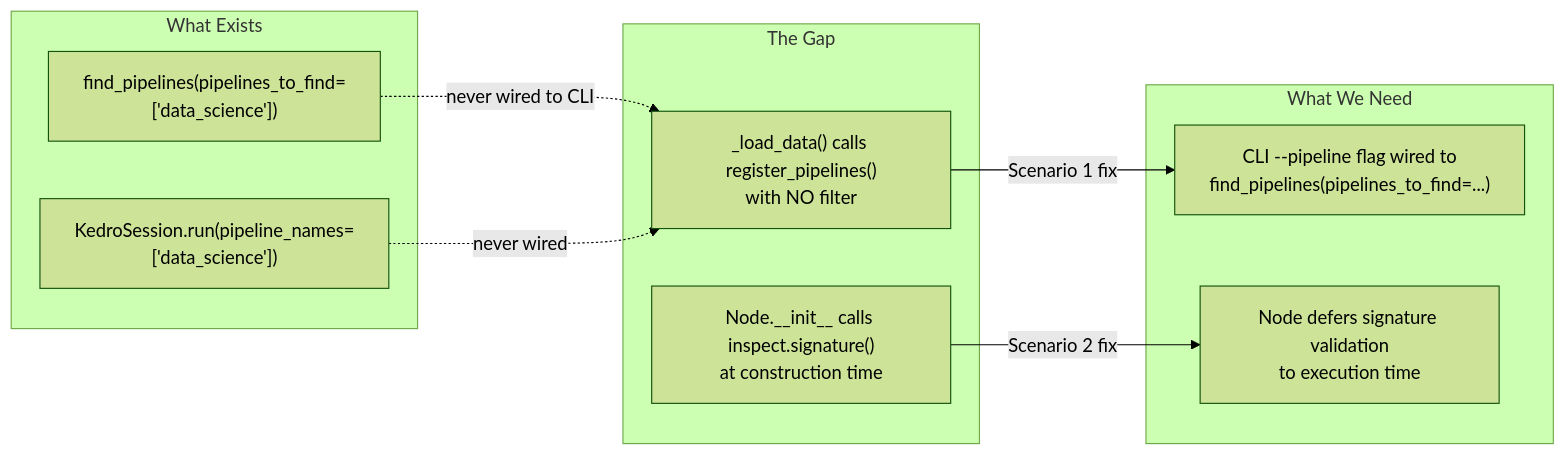
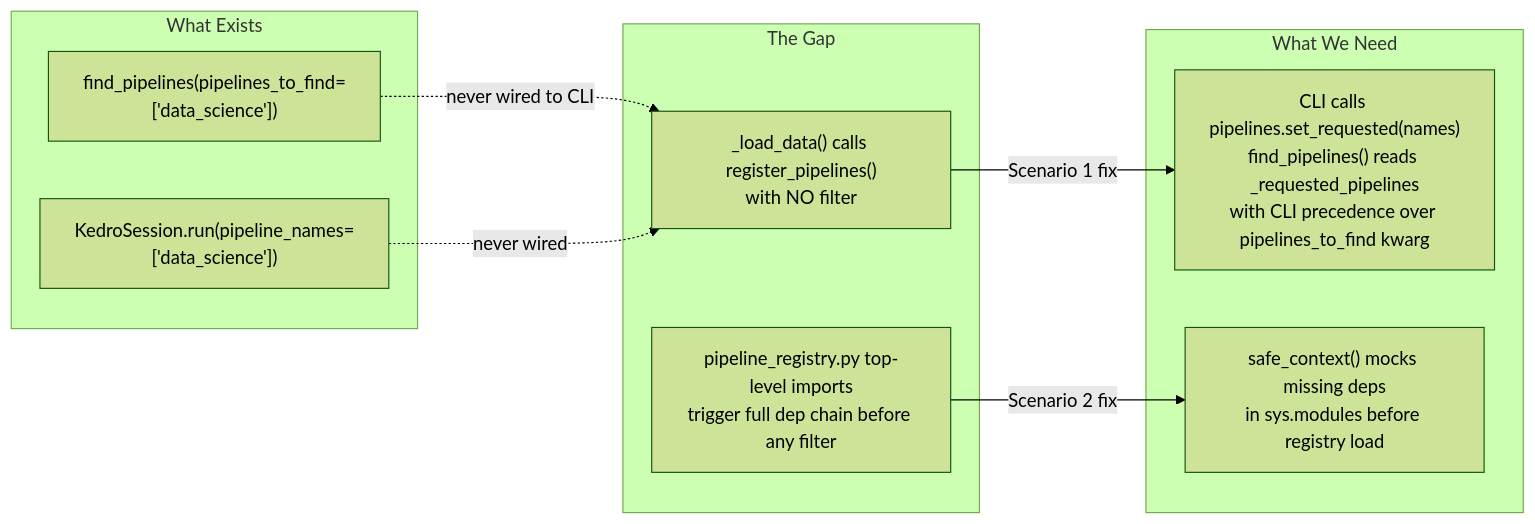
The second of 2 diagrams in docs/on_demand_dependency_loading.md (kedro-org/kedro), drawn with Mermaid (forest theme) before and after one commit. The commit also changed other lines of this file and 1 other file, not shown here.

````diff
--- a/docs/on_demand_dependency_loading.md
+++ b/docs/on_demand_dependency_loading.md
@@ -102,22 +101,22 @@
 ```mermaid
 flowchart LR
     subgraph "What Exists"
         A["find_pipelines(pipelines_to_find=['data_science'])"]
         B["KedroSession.run(pipeline_names=['data_science'])"]
     end
 
     subgraph "The Gap"
         C["_load_data() calls register_pipelines()\nwith NO filter"]
-        D["Node.__init__ calls inspect.signature()\nat construction time"]
+        D["pipeline_registry.py top-level imports\ntrigger full dep chain before any filter"]
     end
 
     subgraph "What We Need"
-        E["CLI --pipeline flag wired to\nfind_pipelines(pipelines_to_find=...)"]
-        F["Node defers signature validation\nto execution time"]
+        E["CLI calls pipelines.set_requested(names)\nfind_pipelines() reads _requested_pipelines\nwith CLI precedence over pipelines_to_find kwarg"]
+        F["safe_context() mocks missing deps\nin sys.modules before registry load"]
     end
 
     A -.->|"never wired to CLI"| C
     B -.->|"never wired"| C
     C -->|"Scenario 1 fix"| E
     D -->|"Scenario 2 fix"| F
 ```
````
